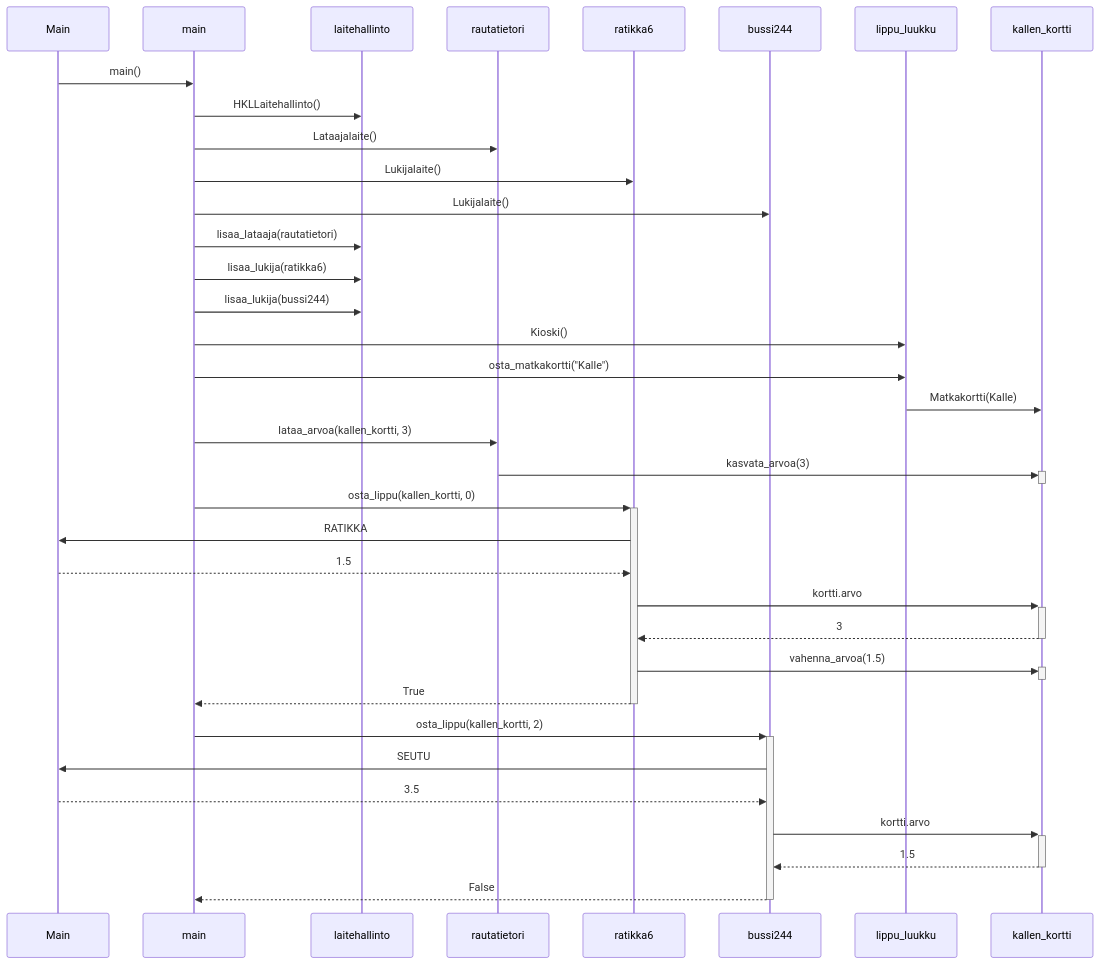
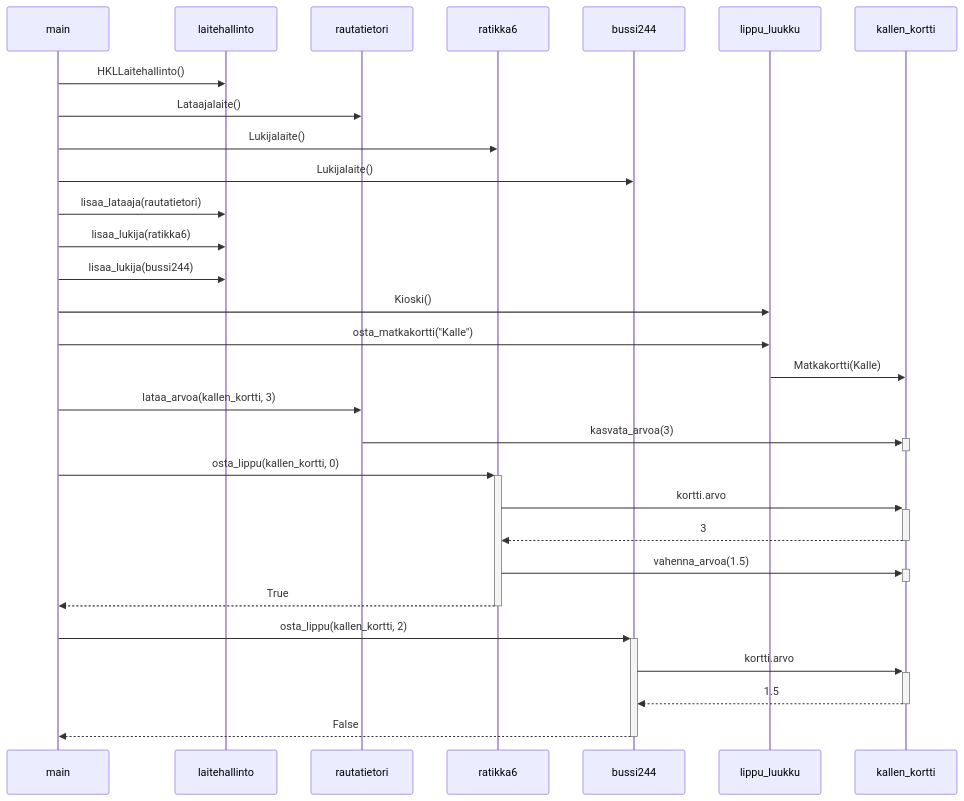
Before and after one commit to lenbie/Expense-Tracker-Project: the diagram in laskarit/viikko3/task4.md, drawn with Mermaid.

````diff
--- a/laskarit/viikko3/task4.md
+++ b/laskarit/viikko3/task4.md
@@ -1,34 +1,34 @@
 ```mermaid
   sequenceDiagram
-  Main->>main: main()
+
   main->>laitehallinto: HKLLaitehallinto()
   main->>rautatietori: Lataajalaite()
   main->>ratikka6: Lukijalaite()
   main->>bussi244: Lukijalaite()
   main->>laitehallinto: lisaa_lataaja(rautatietori)
   main->>laitehallinto: lisaa_lukija(ratikka6)
   main->>laitehallinto: lisaa_lukija(bussi244)
   main->>lippu_luukku: Kioski()
   main->>lippu_luukku: osta_matkakortti("Kalle")
   
   lippu_luukku->>kallen_kortti: Matkakortti(Kalle)
   main->>rautatietori: lataa_arvoa(kallen_kortti, 3)
   rautatietori->>+kallen_kortti: kasvata_arvoa(3)
   deactivate kallen_kortti
   main->>+ratikka6: osta_lippu(kallen_kortti, 0)
-  ratikka6->>Main: RATIKKA
-  Main-->>ratikka6: 1.5
+  
+  
   ratikka6->>+kallen_kortti: kortti.arvo
   kallen_kortti-->>-ratikka6: 3
   ratikka6->>+kallen_kortti: vahenna_arvoa(1.5)
   deactivate kallen_kortti
   ratikka6-->>-main: True
   main->>+bussi244: osta_lippu(kallen_kortti, 2)
-  bussi244->>Main: SEUTU
-  Main-->>bussi244: 3.5
+
+  
   bussi244->>+kallen_kortti: kortti.arvo
   kallen_kortti-->>-bussi244: 1.5
   bussi244-->>-main: False
   
   
 ```
````
